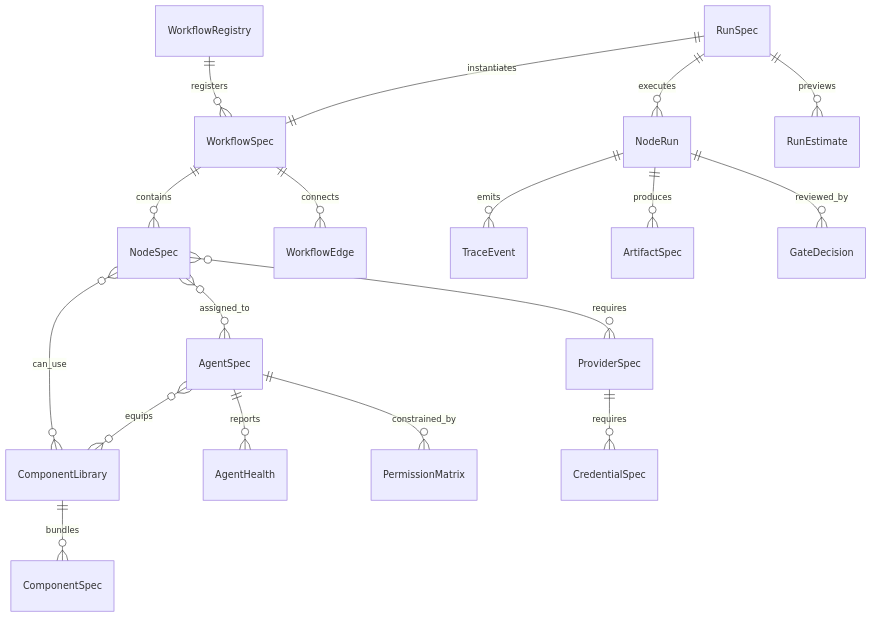
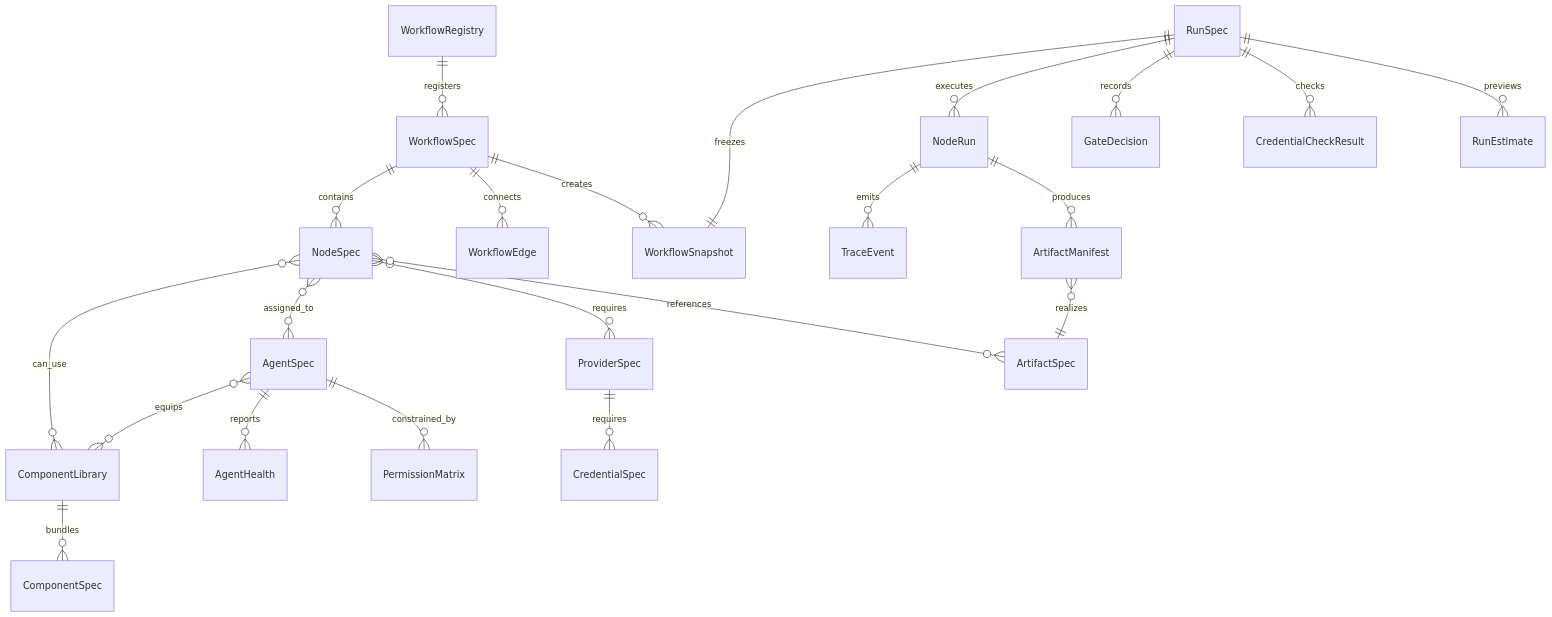
One commit to haozhangyue/miracle-agent changed the diagram in 01_核心架构与对象模型.md. Above: the diagram before and after it, drawn with Mermaid. The commit also changed other lines of this file and 17 other files, not shown here.

````diff
--- a/01_核心架构与对象模型.md
+++ b/01_核心架构与对象模型.md
@@ -26,20 +27,24 @@
 ```mermaid
 erDiagram
   WorkflowSpec ||--o{ NodeSpec : contains
   WorkflowSpec ||--o{ WorkflowEdge : connects
   NodeSpec }o--o{ ComponentLibrary : can_use
   ComponentLibrary ||--o{ ComponentSpec : bundles
   AgentSpec }o--o{ ComponentLibrary : equips
   NodeSpec }o--o{ AgentSpec : assigned_to
   NodeSpec }o--o{ ProviderSpec : requires
-  RunSpec ||--|| WorkflowSpec : instantiates
+  RunSpec ||--|| WorkflowSnapshot : freezes
+  WorkflowSpec ||--o{ WorkflowSnapshot : creates
   RunSpec ||--o{ NodeRun : executes
   NodeRun ||--o{ TraceEvent : emits
-  NodeRun ||--o{ ArtifactSpec : produces
-  NodeRun ||--o{ GateDecision : reviewed_by
+  NodeSpec }o--o{ ArtifactSpec : references
+  NodeRun ||--o{ ArtifactManifest : produces
+  ArtifactManifest }o--|| ArtifactSpec : realizes
+  RunSpec ||--o{ GateDecision : records
   WorkflowRegistry ||--o{ WorkflowSpec : registers
   AgentSpec ||--o{ AgentHealth : reports
   AgentSpec ||--o{ PermissionMatrix : constrained_by
   ProviderSpec ||--o{ CredentialSpec : requires
+  RunSpec ||--o{ CredentialCheckResult : checks
   RunSpec ||--o{ RunEstimate : previews
 ```
````
